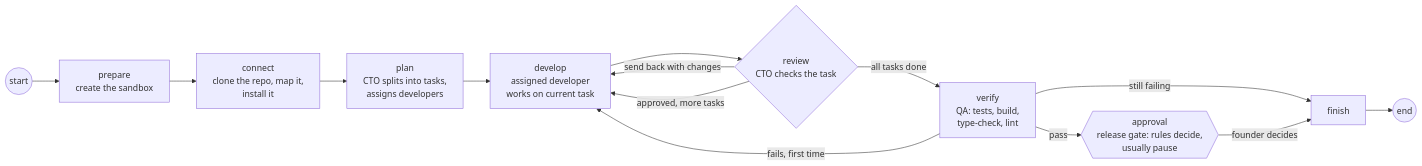
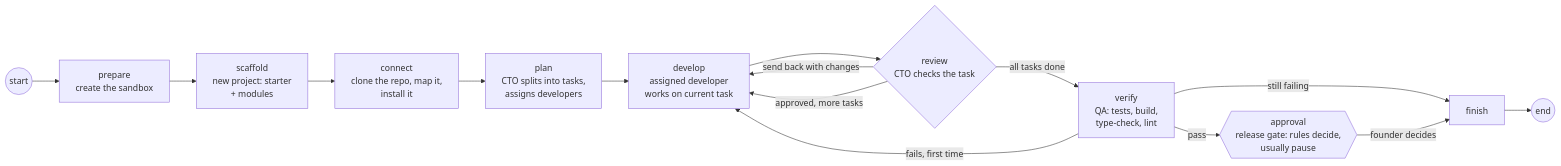
One commit to medhalabs/MedhKarm changed the diagram in docs/technical/features/workflows.md. Above: the diagram before and after it, drawn with Mermaid. The commit also changed other lines of this file and 145 other files, not shown here.

````diff
--- a/docs/technical/features/workflows.md
+++ b/docs/technical/features/workflows.md
@@ -13,16 +13,17 @@
 ```mermaid
 flowchart LR
     S((start)) --> PR[prepare<br/>create the sandbox]
-    PR --> C[connect<br/>clone the repo, map it,<br/>install it]
+    PR --> SC[scaffold<br/>new project: starter<br/>+ modules]
+    SC --> C[connect<br/>clone the repo, map it,<br/>install it]
     C --> P[plan<br/>CTO splits into tasks,<br/>assigns developers]
     P --> D[develop<br/>assigned developer<br/>works on current task]
     D --> R{review<br/>CTO checks the task}
     R -->|send back with changes| D
     R -->|approved, more tasks| D
     R -->|all tasks done| V[verify<br/>QA: tests, build,<br/>type-check, lint]
     V -->|fails, first time| D
     V -->|pass| A{{approval<br/>release gate: rules decide,<br/>usually pause}}
     V -->|still failing| F[finish]
     A -->|founder decides| F
     F --> E((end))
 ```
````
